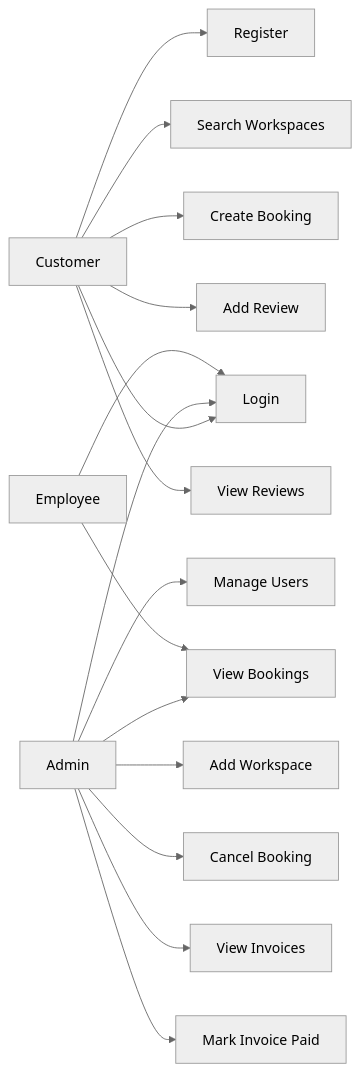
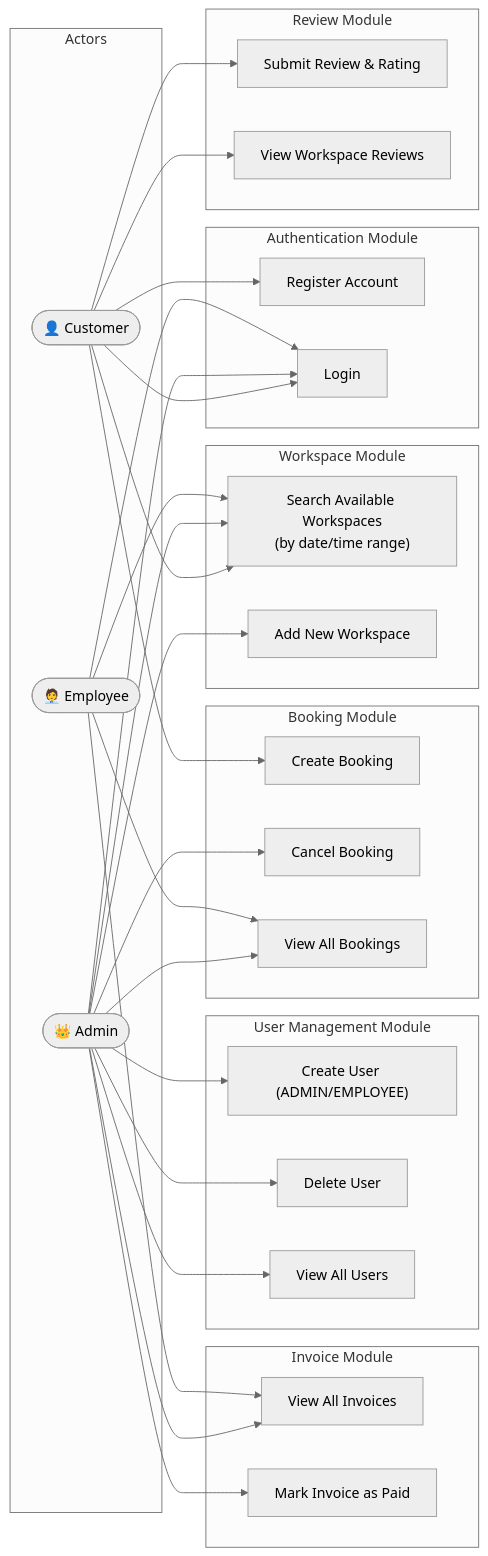
The third of 9 diagrams in SRS.md (Stain04/Cowork-hub), drawn with Mermaid (neutral theme) before and after one commit. The commit also changed other lines of this file, not shown here.

````diff
--- a/SRS.md
+++ b/SRS.md
@@ -409,37 +431,63 @@
 ```mermaid
 flowchart LR
-    C["Customer"]
-    A["Admin"]
-    E["Employee"]
+    subgraph ACTORS["Actors"]
+        C(["👤 Customer"])
+        A(["👑 Admin"])
+        EM(["🧑‍💼 Employee"])
+    end
 
-    UC1["Register"]
-    UC2["Login"]
-    UC3["Search Workspaces"]
-    UC4["Create Booking"]
-    UC5["Add Review"]
-    UC6["View Reviews"]
-    UC7["Manage Users"]
-    UC8["Add Workspace"]
-    UC9["Cancel Booking"]
-    UC10["View Bookings"]
-    UC11["View Invoices"]
-    UC12["Mark Invoice Paid"]
+    subgraph AUTH["Authentication Module"]
+        UC1["Register Account"]
+        UC2["Login"]
+    end
+
+    subgraph WORKSPACE_MOD["Workspace Module"]
+        UC3["Search Available Workspaces\n(by date/time range)"]
+        UC8["Add New Workspace"]
+    end
+
+    subgraph BOOKING_MOD["Booking Module"]
+        UC4["Create Booking"]
+        UC9["Cancel Booking"]
+        UC10["View All Bookings"]
+    end
+
+    subgraph INVOICE_MOD["Invoice Module"]
+        UC11["View All Invoices"]
+        UC12["Mark Invoice as Paid"]
+    end
+
+    subgraph REVIEW_MOD["Review Module"]
+        UC5["Submit Review & Rating"]
+        UC6["View Workspace Reviews"]
+    end
+
+    subgraph USER_MOD["User Management Module"]
+        UC7["Create User (ADMIN/EMPLOYEE)"]
+        UC13["Delete User"]
+        UC14["View All Users"]
+    end
 
     C --> UC1
     C --> UC2
     C --> UC3
     C --> UC4
     C --> UC5
     C --> UC6
 
     A --> UC2
+    A --> UC3
     A --> UC7
     A --> UC8
     A --> UC9
     A --> UC10
     A --> UC11
     A --> UC12
+    A --> UC13
+    A --> UC14
 
-    E --> UC2
-    E --> UC10
+    EM --> UC2
+    EM --> UC3
+    EM --> UC10
+    EM --> UC11
 ```
````
